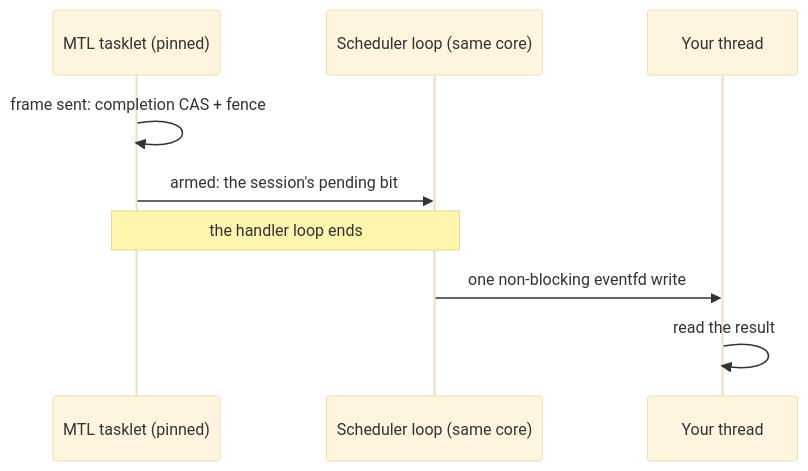
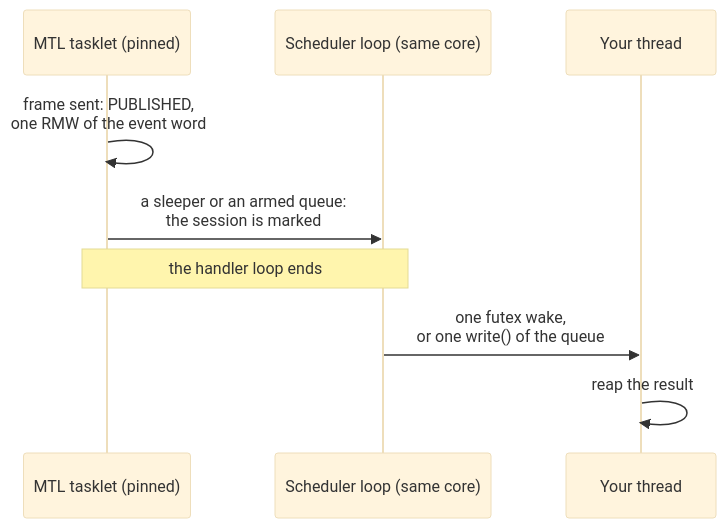
One commit to Sakoram/Media-Transport-Library changed the second of 7 diagrams in doc/unified-api/presentation/slides.md. Above: the diagram before and after it, drawn with Mermaid (base theme). The commit also changed other lines of this file and 52 other files, not shown here.

````diff
--- a/doc/unified-api/presentation/slides.md
+++ b/doc/unified-api/presentation/slides.md
@@ -161,11 +162,11 @@
 ```mermaid
 sequenceDiagram
     participant T as MTL tasklet (pinned)
     participant L as Scheduler loop (same core)
     participant A as Your thread
-    T->>T: frame sent: completion CAS + fence
-    T->>L: armed: the session's pending bit
+    T->>T: frame sent: PUBLISHED,<br/>one RMW of the event word
+    T->>L: a sleeper or an armed queue:<br/>the session is marked
     Note over T,L: the handler loop ends
-    L->>A: one non-blocking eventfd write
-    A->>A: read the result
+    L->>A: one futex wake,<br/>or one write() of the queue
+    A->>A: reap the result
 ```
````
